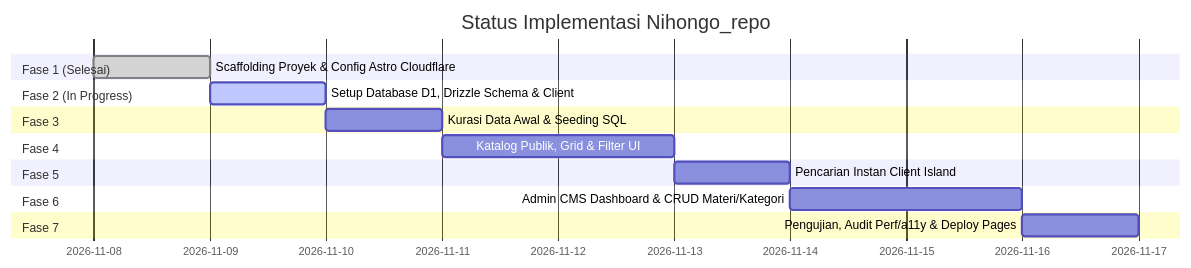
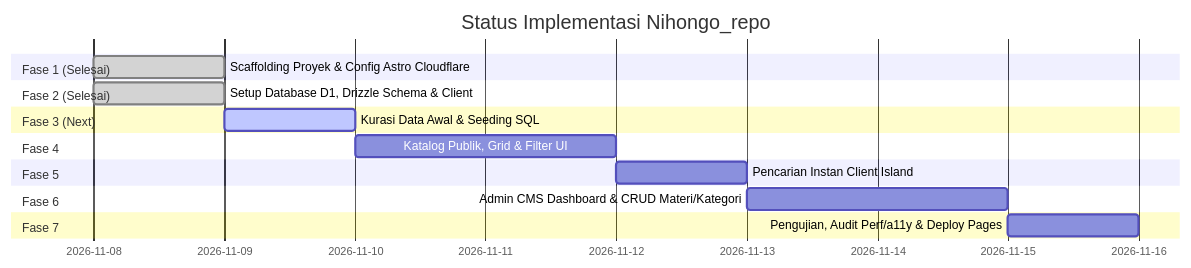
The diagram in doc/IMPLEMENTATION_PLAN.md (cirilalacture/Nihongo-Repo), drawn with Mermaid before and after one commit. The commit also changed other lines of this file and 12 other files, not shown here.

Commit message:
feat: complete Phase 2 D1 schema migration, Drizzle models, and connection helper

````diff
--- a/doc/IMPLEMENTATION_PLAN.md
+++ b/doc/IMPLEMENTATION_PLAN.md
@@ -18,19 +18,19 @@
 ```mermaid
 gantt
     title Status Implementasi Nihongo_repo
     dateFormat  YYYY-MM-DD
     section Fase 1 (Selesai)
     Scaffolding Proyek & Config Astro Cloudflare :done, f1, 2026-11-08, 1d
-    section Fase 2 (In Progress)
-    Setup Database D1, Drizzle Schema & Client   :active, f2, 2026-11-09, 1d
-    section Fase 3
-    Kurasi Data Awal & Seeding SQL                :f3, after f2, 1d
+    section Fase 2 (Selesai)
+    Setup Database D1, Drizzle Schema & Client   :done, f2, 2026-11-08, 1d
+    section Fase 3 (Next)
+    Kurasi Data Awal & Seeding SQL                :active, f3, 2026-11-09, 1d
     section Fase 4
     Katalog Publik, Grid & Filter UI             :f4, after f3, 2d
     section Fase 5
     Pencarian Instan Client Island               :f5, after f4, 1d
     section Fase 6
     Admin CMS Dashboard & CRUD Materi/Kategori   :f6, after f5, 2d
     section Fase 7
     Pengujian, Audit Perf/a11y & Deploy Pages    :f7, after f6, 1d
 ```
````
